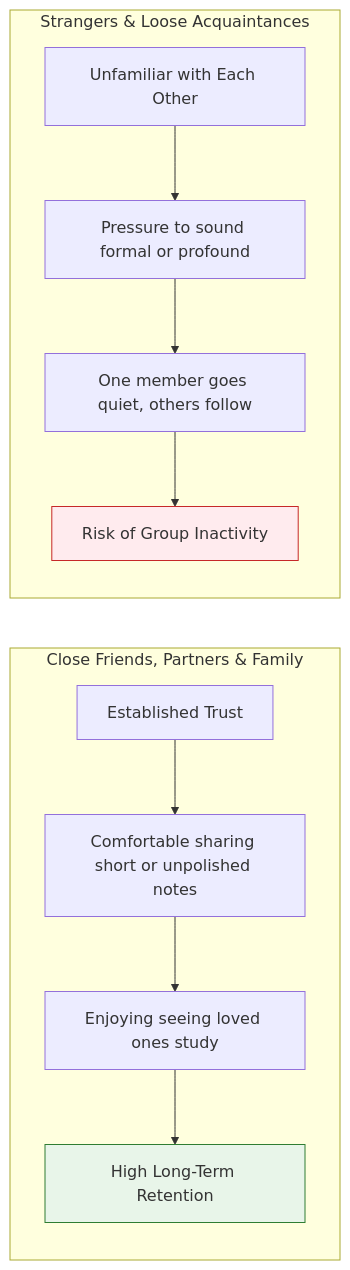
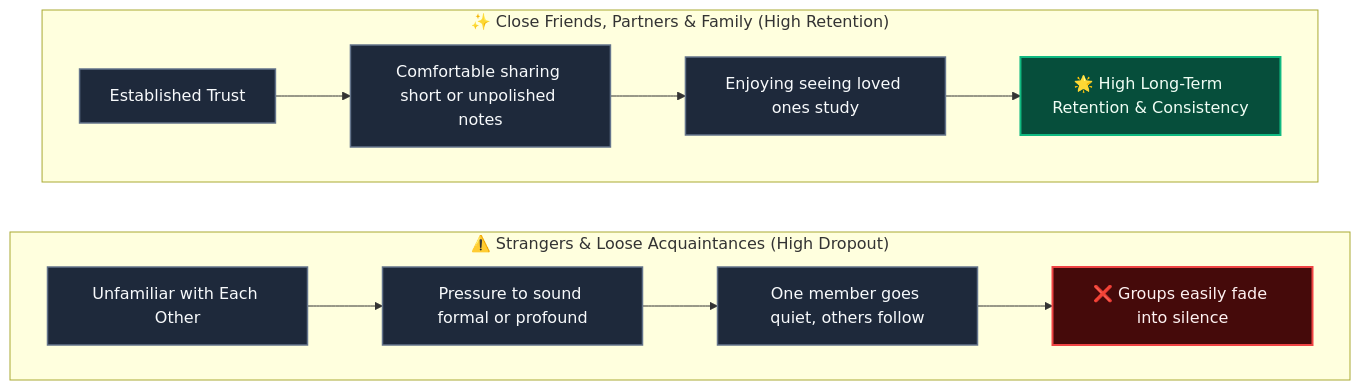
Before and after one commit to ScriptureHabit/scripture-habit: the second of 2 diagrams in docs/ux-small-groups-and-peer-accountability.md, drawn with Mermaid. The commit also changed other lines of this file and 9 other files, not shown here.

Commit message:
docs: optimize all wide Mermaid diagrams into readable vertical stacked layouts

````diff
--- a/docs/ux-small-groups-and-peer-accountability.md
+++ b/docs/ux-small-groups-and-peer-accountability.md
@@ -50,17 +53,20 @@
 ```mermaid
-graph LR
-    subgraph SG_Close["Close Friends, Partners & Family"]
-        ST1["Established Trust"] --> ST2["Comfortable sharing short or unpolished notes"]
-        ST2 --> ST3["Enjoying seeing loved ones study"]
-        ST3 --> ST4["High Long-Term Retention"]
+flowchart TD
+    classDef good fill:#064e3b,stroke:#10b981,stroke-width:2px,color:#f0fdf4;
+    classDef bad fill:#450a0a,stroke:#ef4444,stroke-width:2px,color:#fef2f2;
+    classDef step fill:#1e293b,stroke:#64748b,stroke-width:1.5px,color:#f8fafc;
+
+    subgraph SG_Close["✨ Close Friends, Partners & Family (High Retention)"]
+        ST1["Established Trust"]:::step --> ST2["Comfortable sharing short or unpolished notes"]:::step
+        ST2 --> ST3["Enjoying seeing loved ones study"]:::step
+        ST3 --> ST4["🌟 High Long-Term Retention & Consistency"]:::good
     end
 
-    subgraph SG_Strangers["Strangers & Loose Acquaintances"]
-        WT1["Unfamiliar with Each Other"] --> WT2["Pressure to sound formal or profound"]
-        WT2 --> WT3["One member goes quiet, others follow"]
-        WT3 --> WT4["Risk of Group Inactivity"]
+    subgraph SG_Strangers["⚠️ Strangers & Loose Acquaintances (High Dropout)"]
+        WT1["Unfamiliar with Each Other"]:::step --> WT2["Pressure to sound formal or profound"]:::step
+        WT2 --> WT3["One member goes quiet, others follow"]:::step
+        WT3 --> WT4["❌ Groups easily fade into silence"]:::bad
     end
 
-    style ST4 fill:#e8f5e9,stroke:#2e7d32,stroke-width:1px
-    style WT4 fill:#ffebee,stroke:#c62828,stroke-width:1px
+    SG_Close ~~~ SG_Strangers
 ```
````
